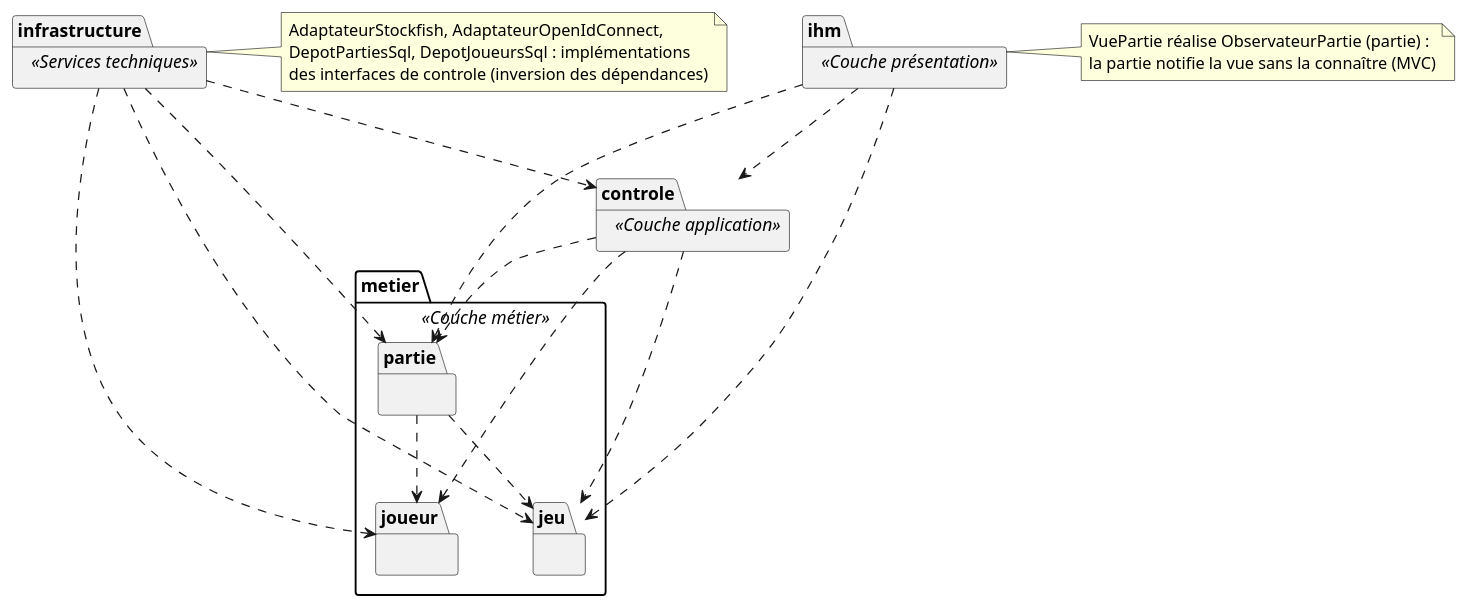
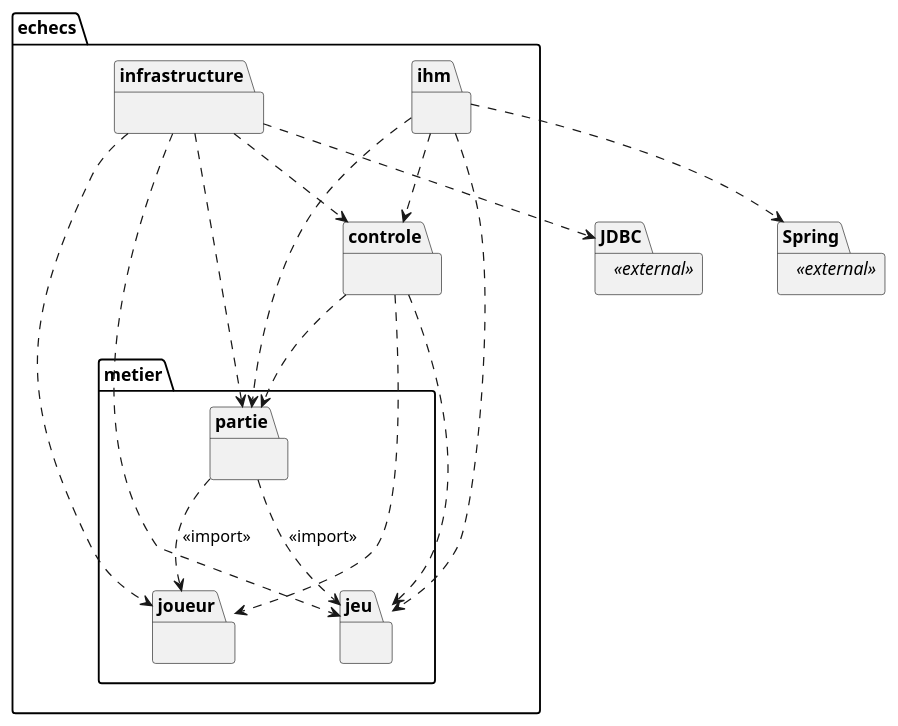
The diagram in diagrams/packages-architecture.puml (kevinBissouth/projet_echecs_tic315), drawn with PlantUML before and after one commit. The commit also changed 7 other files, not shown here.

Commit message:
docs: align architecture diagrams with the course figures

```diff
--- a/diagrams/packages-architecture.puml
+++ b/diagrams/packages-architecture.puml
@@ -1,61 +1,53 @@
 @startuml packages-architecture
-' Diagramme de packages (jalon J4) : l'organisation en couches de la conception.
-' La flèche pointillée se lit « dépend de » (cours, §2.3). Règles respectées :
+' Diagramme de packages (jalon J4), sur le modèle de la figure 11 du cours. La flèche
+' pointillée se lit « dépend de » (cours, §2.3). Règles respectées :
 ' - aucune dépendance cyclique ;
 ' - dépendre de ce qui est stable : ihm, controle et infrastructure dépendent du
 '   métier, le métier ne dépend d'aucun d'eux ;
-' - inversion des dépendances : infrastructure implémente des interfaces de
-'   controle (MoteurEchecs, ServiceAuthentification, DepotParties, DepotJoueurs),
+' - inversion des dépendances : infrastructure implémente des interfaces de controle,
 '   si bien que controle ne connaît ni Stockfish, ni OpenID Connect, ni la base ;
-' - MVC : la vue (ihm) dépend du contrôleur et du modèle ; le modèle la prévient
-'   par l'interface ObservateurPartie, qu'il possède.
-' Dans le métier, partie dépend de jeu et de joueur ; jeu et joueur sont
-' indépendants. Les classes de chaque package sont listées dans docs/conception.md.
+' - MVC : la vue (ihm) dépend du contrôleur et du modèle ; le modèle la prévient par
+'   l'interface ObservateurPartie, qu'il possède.
+' Les classes de chaque package sont listées dans le dossier de conception.
 
-skinparam packageStyle folder
 skinparam nodesep 60
 skinparam ranksep 70
 
-package ihm <<Couche présentation>> {
-}
-
-package controle <<Couche application>> {
-}
-
-package metier <<Couche métier>> {
-  package partie {
+package echecs {
+  package ihm {
   }
-  package jeu {
+  package controle {
   }
-  package joueur {
+  package infrastructure {
+  }
+  package metier {
+    package partie {
+    }
+    package jeu {
+    }
+    package joueur {
+    }
   }
 }
 
-package infrastructure <<Services techniques>> {
+package Spring <<external>> {
+}
+package JDBC <<external>> {
 }
 
 ihm ..> controle
 ihm ..> partie
 ihm ..> jeu
+ihm ..> Spring
 controle ..> partie
 controle ..> jeu
 controle ..> joueur
-partie ..> jeu
-partie ..> joueur
+partie ..> jeu : <<import>>
+partie ..> joueur : <<import>>
 infrastructure ..> controle
 infrastructure ..> partie
 infrastructure ..> jeu
 infrastructure ..> joueur
-
-note right of infrastructure
-  AdaptateurStockfish, AdaptateurOpenIdConnect,
-  DepotPartiesSql, DepotJoueursSql : implémentations
-  des interfaces de controle (inversion des dépendances)
-end note
-
-note right of ihm
-  VuePartie réalise ObservateurPartie (partie) :
-  la partie notifie la vue sans la connaître (MVC)
-end note
+infrastructure ..> JDBC
 
 @enduml
```
